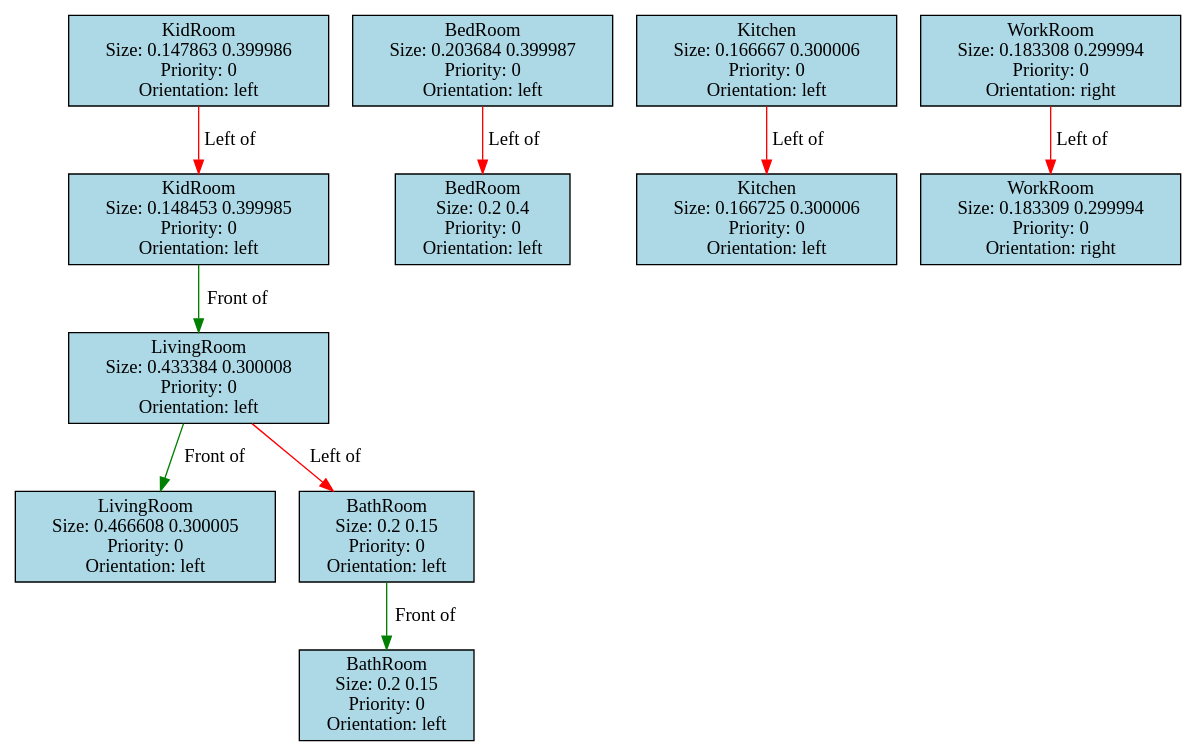
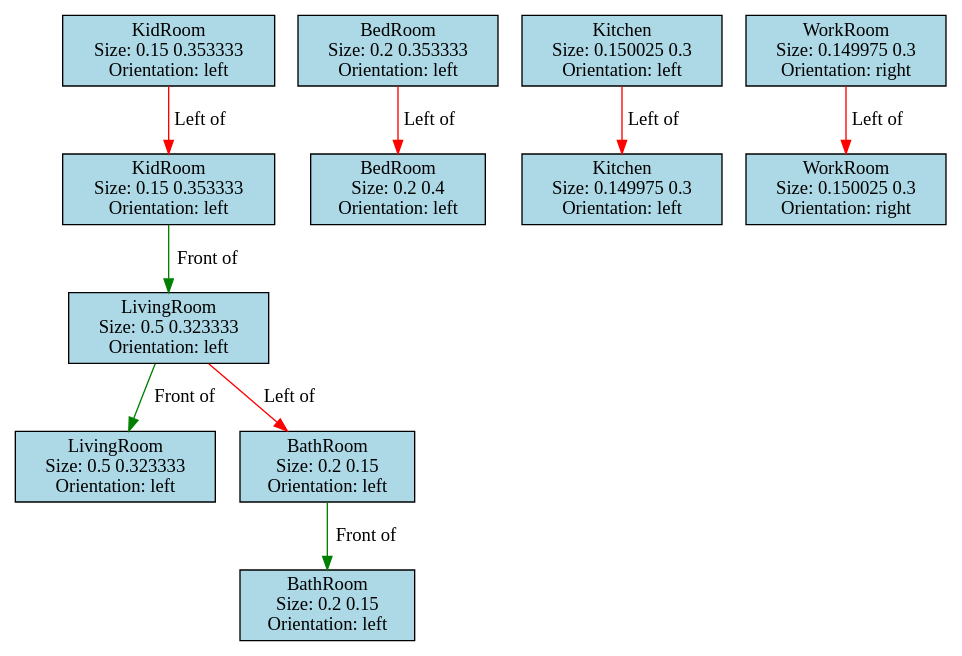
Before and after one commit to iambrc/AutoHomePlan: the diagram in Assets/SceneGraph/graph_out.dot, drawn with Graphviz. The commit also changed 15 other files, not shown here.

```diff
--- a/Assets/SceneGraph/graph_out.dot
+++ b/Assets/SceneGraph/graph_out.dot
@@ -1,22 +1,22 @@
 digraph G {
-0[label="LivingRoom\nSize: 0.433384 0.300008\nPriority: 0\nOrientation: left", shape=rect, style=filled, fillcolor="lightblue", width=0.433384, height=0.300008];
-1[label="LivingRoom\nSize: 0.466608 0.300005\nPriority: 0\nOrientation: left", shape=rect, style=filled, fillcolor="lightblue", width=0.466608, height=0.300005];
-2[label="BedRoom\nSize: 0.2 0.4\nPriority: 0\nOrientation: left", shape=rect, style=filled, fillcolor="lightblue", width=0.2, height=0.4];
-3[label="BedRoom\nSize: 0.203684 0.399987\nPriority: 0\nOrientation: left", shape=rect, style=filled, fillcolor="lightblue", width=0.203684, height=0.399987];
-4[label="Kitchen\nSize: 0.166725 0.300006\nPriority: 0\nOrientation: left", shape=rect, style=filled, fillcolor="lightblue", width=0.166725, height=0.300006];
-5[label="Kitchen\nSize: 0.166667 0.300006\nPriority: 0\nOrientation: left", shape=rect, style=filled, fillcolor="lightblue", width=0.166667, height=0.300006];
-6[label="KidRoom\nSize: 0.148453 0.399985\nPriority: 0\nOrientation: left", shape=rect, style=filled, fillcolor="lightblue", width=0.148453, height=0.399985];
-7[label="KidRoom\nSize: 0.147863 0.399986\nPriority: 0\nOrientation: left", shape=rect, style=filled, fillcolor="lightblue", width=0.147863, height=0.399986];
-8[label="BathRoom\nSize: 0.2 0.15\nPriority: 0\nOrientation: left", shape=rect, style=filled, fillcolor="lightblue", width=0.2, height=0.15];
-9[label="BathRoom\nSize: 0.2 0.15\nPriority: 0\nOrientation: left", shape=rect, style=filled, fillcolor="lightblue", width=0.2, height=0.15];
-10[label="WorkRoom\nSize: 0.183309 0.299994\nPriority: 0\nOrientation: right", shape=rect, style=filled, fillcolor="lightblue", width=0.183309, height=0.299994];
-11[label="WorkRoom\nSize: 0.183308 0.299994\nPriority: 0\nOrientation: right", shape=rect, style=filled, fillcolor="lightblue", width=0.183308, height=0.299994];
+0[label="LivingRoom\nSize: 0.5 0.323333\nOrientation: left", shape=rect, style=filled, fillcolor="lightblue", width=0.5, height=0.323333];
+1[label="LivingRoom\nSize: 0.5 0.323333\nOrientation: left", shape=rect, style=filled, fillcolor="lightblue", width=0.5, height=0.323333];
+2[label="BedRoom\nSize: 0.2 0.4\nOrientation: left", shape=rect, style=filled, fillcolor="lightblue", width=0.2, height=0.4];
+3[label="BedRoom\nSize: 0.2 0.353333\nOrientation: left", shape=rect, style=filled, fillcolor="lightblue", width=0.2, height=0.353333];
+4[label="Kitchen\nSize: 0.149975 0.3\nOrientation: left", shape=rect, style=filled, fillcolor="lightblue", width=0.149975, height=0.3];
+5[label="Kitchen\nSize: 0.150025 0.3\nOrientation: left", shape=rect, style=filled, fillcolor="lightblue", width=0.150025, height=0.3];
+6[label="KidRoom\nSize: 0.15 0.353333\nOrientation: left", shape=rect, style=filled, fillcolor="lightblue", width=0.15, height=0.353333];
+7[label="KidRoom\nSize: 0.15 0.353333\nOrientation: left", shape=rect, style=filled, fillcolor="lightblue", width=0.15, height=0.353333];
+8[label="BathRoom\nSize: 0.2 0.15\nOrientation: left", shape=rect, style=filled, fillcolor="lightblue", width=0.2, height=0.15];
+9[label="BathRoom\nSize: 0.2 0.15\nOrientation: left", shape=rect, style=filled, fillcolor="lightblue", width=0.2, height=0.15];
+10[label="WorkRoom\nSize: 0.150025 0.3\nOrientation: right", shape=rect, style=filled, fillcolor="lightblue", width=0.150025, height=0.3];
+11[label="WorkRoom\nSize: 0.149975 0.3\nOrientation: right", shape=rect, style=filled, fillcolor="lightblue", width=0.149975, height=0.3];
 0->1 [label="Front of\n", color="green"];
 0->8 [label="Left of\n", color="red"];
 3->2 [label="Left of\n", color="red"];
 5->4 [label="Left of\n", color="red"];
 6->0 [label="Front of\n", color="green"];
 7->6 [label="Left of\n", color="red"];
 8->9 [label="Front of\n", color="green"];
 11->10 [label="Left of\n", color="red"];
 }
```
